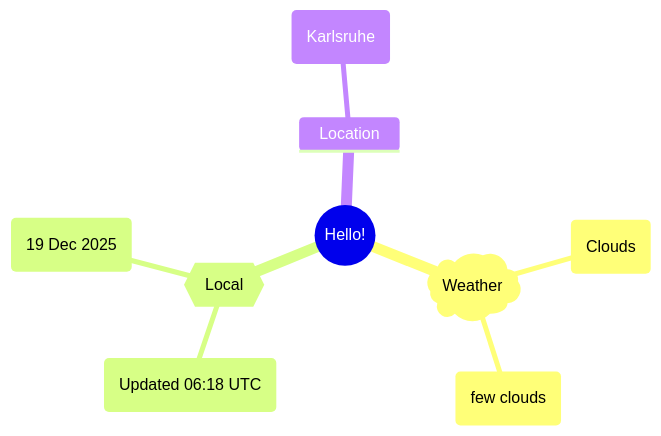
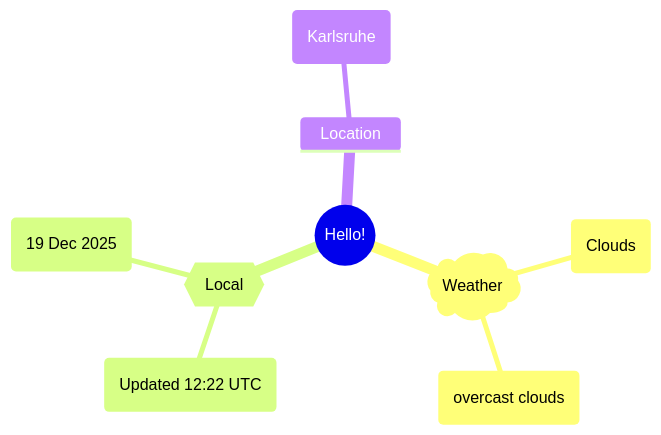
Before and after one commit to Xosrov/Xosrov: the first of 2 diagrams in README.md, drawn with Mermaid.

Commit message:
[bot] updated images

````diff
--- a/README.md
+++ b/README.md
@@ -3,12 +3,12 @@
 ```mermaid
 mindmap
   root((Hello!))
     )Weather(
         (Clouds)
-        (few clouds)
+        (overcast clouds)
     {{Local}}
-        (Updated 06:18 UTC)
+        (Updated 12:22 UTC)
         (19 Dec 2025)
     Location
         (Karlsruhe)
 ```
````
